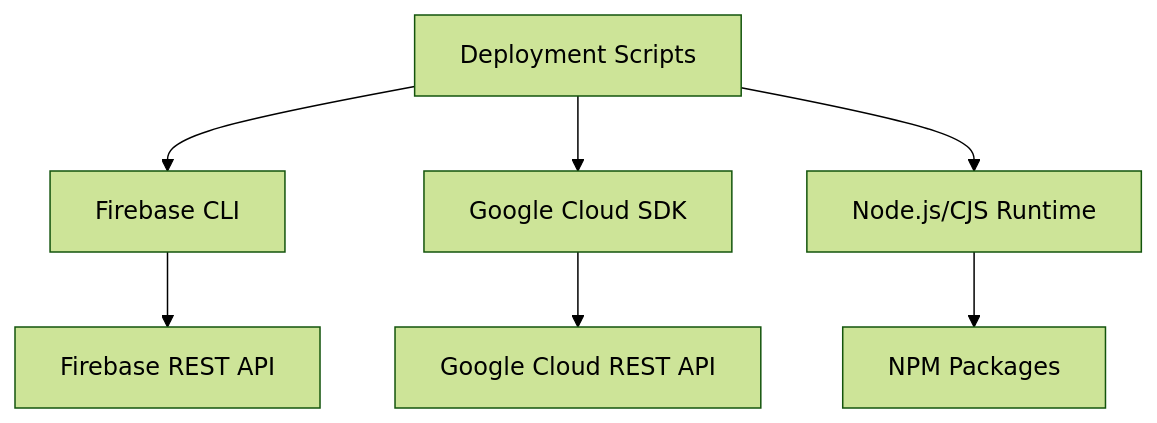
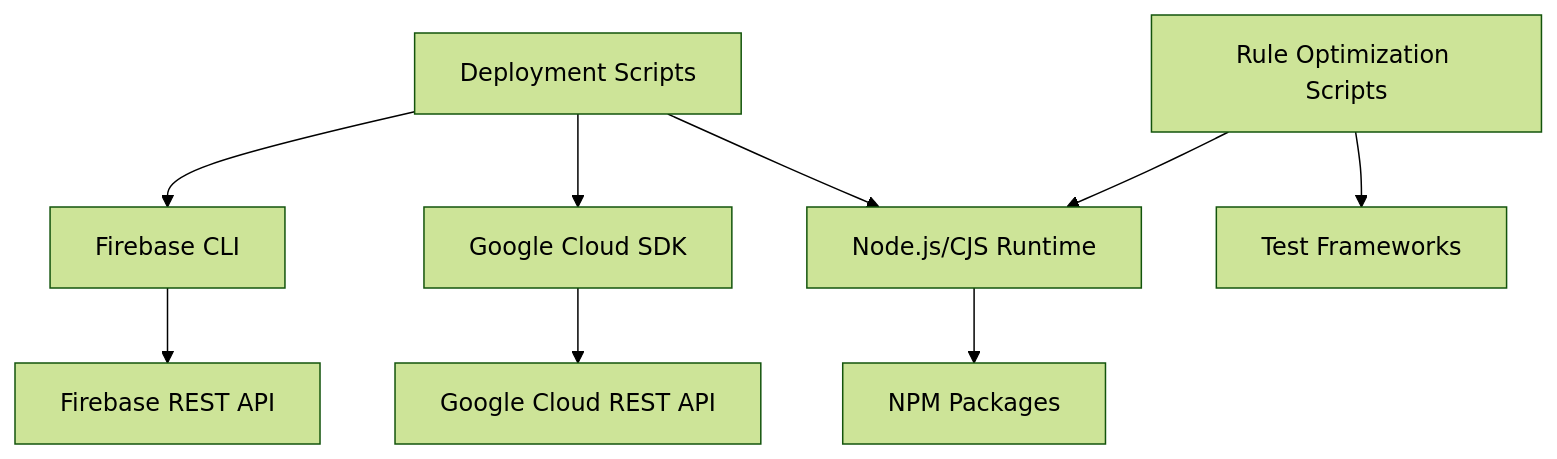
One commit to raihom-netizen/com.gestaoyahwehios.app changed the sixth of 6 diagrams in .qoder/repowiki/en/content/Deployment & DevOps/Release Management & Publishing/Firebase Deployment & Rules.md. Above: the diagram before and after it, drawn with Mermaid (forest theme). The commit also changed other lines of this file and 504 other files, not shown here.

````diff
--- a/.qoder/repowiki/en/content/Deployment & DevOps/Release Management & Publishing/Firebase Deployment & Rules.md
+++ b/.qoder/repowiki/en/content/Deployment & DevOps/Release Management & Publishing/Firebase Deployment & Rules.md
@@ -405,9 +466,11 @@
 ```mermaid
 graph TB
 Scripts["Deployment Scripts"] --> FirebaseCLI["Firebase CLI"]
 Scripts --> GCPSDK["Google Cloud SDK"]
 Scripts --> NodeJS["Node.js/CJS Runtime"]
 FirebaseCLI --> FirebaseAPI["Firebase REST API"]
 GCPSDK --> GCPAPI["Google Cloud REST API"]
 NodeJS --> NPM["NPM Packages"]
+Optimization["Rule Optimization Scripts"] --> NodeJS
+Optimization --> TestFrameworks["Test Frameworks"]
 ```
````
